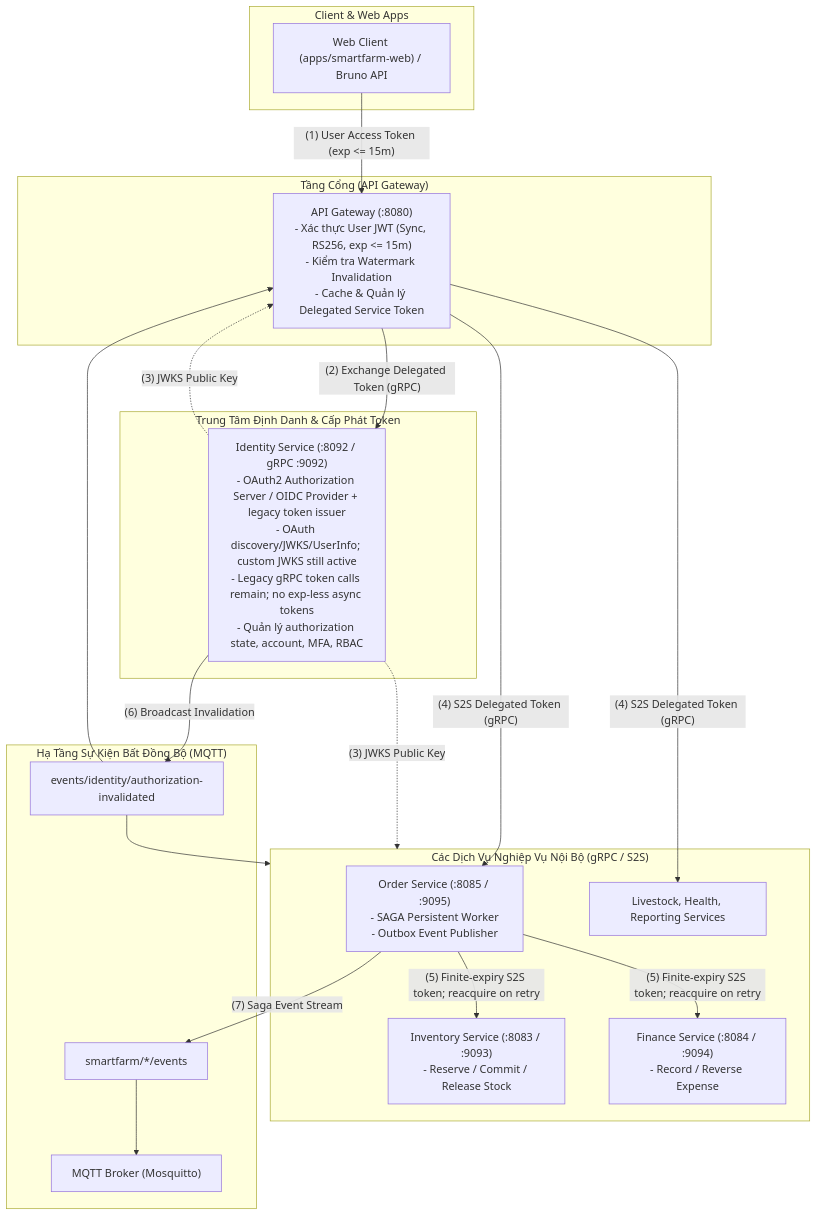
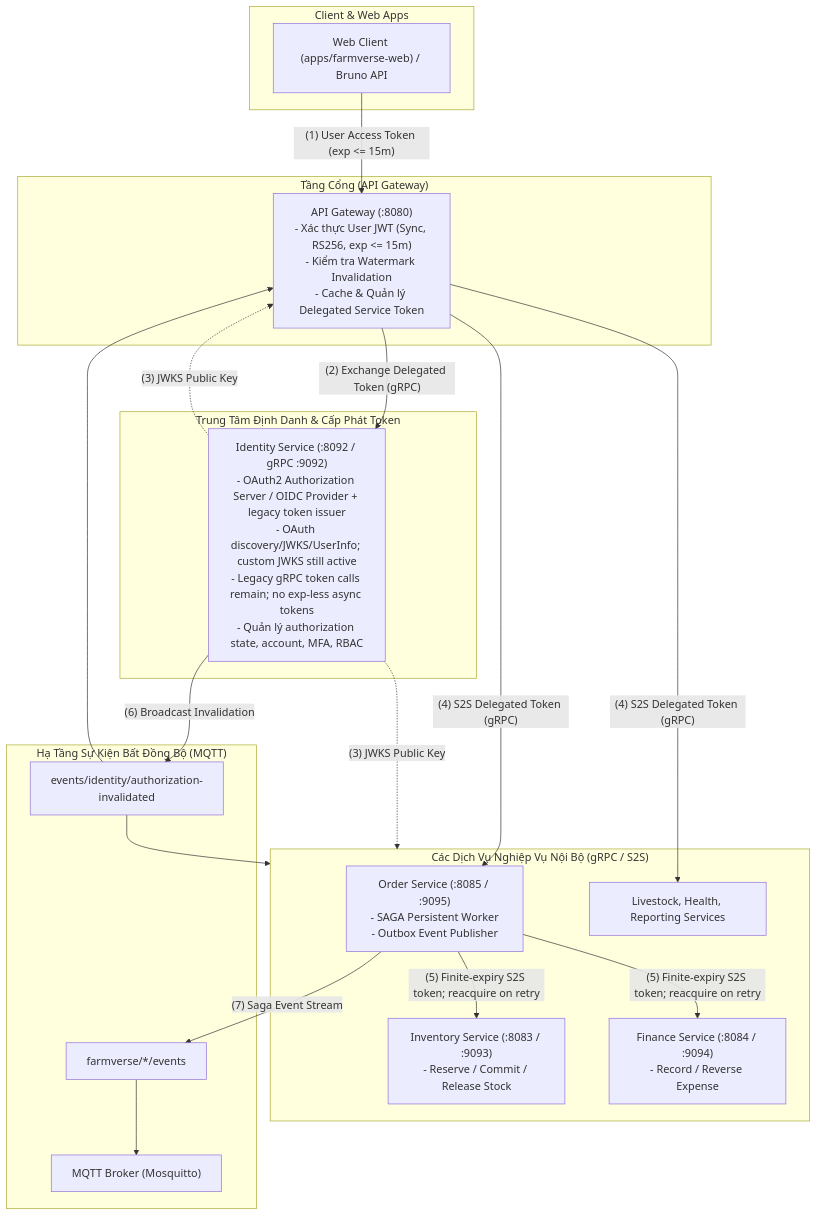
The first of 3 diagrams in docs/security/security-architecture.md (hatrongvu13/smartfarm-platform-maven-starter), drawn with Mermaid before and after one commit. The commit also changed other lines of this file and 1490 other files, not shown here.

````diff
--- a/docs/security/security-architecture.md
+++ b/docs/security/security-architecture.md
@@ -11,45 +11,45 @@
 ```mermaid
 flowchart TD
     subgraph External["Client & Web Apps"]
-        Client["Web Client (apps/smartfarm-web) / Bruno API"]
+        Client["Web Client (apps/farmverse-web) / Bruno API"]
     end
 
     subgraph Edge["Tầng Cổng (API Gateway)"]
         GW["API Gateway (:8080)\n- Xác thực User JWT (Sync, RS256, exp <= 15m)\n- Kiểm tra Watermark Invalidation\n- Cache & Quản lý Delegated Service Token"]
     end
 
     subgraph SecurityHub["Trung Tâm Định Danh & Cấp Phát Token"]
         Identity["Identity Service (:8092 / gRPC :9092)\n- OAuth2 Authorization Server / OIDC Provider + legacy token issuer\n- OAuth discovery/JWKS/UserInfo; custom JWKS still active\n- Legacy gRPC token calls remain; no exp-less async tokens\n- Quản lý authorization state, account, MFA, RBAC"]
     end
 
     subgraph InternalServices["Các Dịch Vụ Nghiệp Vụ Nội Bộ (gRPC / S2S)"]
         Order["Order Service (:8085 / :9095)\n- SAGA Persistent Worker\n- Outbox Event Publisher"]
         Inv["Inventory Service (:8083 / :9093)\n- Reserve / Commit / Release Stock"]
         Fin["Finance Service (:8084 / :9094)\n- Record / Reverse Expense"]
         Other["Livestock, Health, Reporting Services"]
     end
 
     subgraph EventMesh["Hạ Tầng Sự Kiện Bất Đồng Bộ (MQTT)"]
         Broker["MQTT Broker (Mosquitto)"]
         WatermarkTopic["events/identity/authorization-invalidated"]
-        SagaEvents["smartfarm/*/events"]
+        SagaEvents["farmverse/*/events"]
     end
 
     Client -->|"(1) User Access Token (exp <= 15m)"| GW
     GW -->|"(2) Exchange Delegated Token (gRPC)"| Identity
     Identity -.->|"(3) JWKS Public Key"| GW
     Identity -.->|"(3) JWKS Public Key"| InternalServices
 
     GW -->|"(4) S2S Delegated Token (gRPC)"| Order
     GW -->|"(4) S2S Delegated Token (gRPC)"| Other
 
     Order -->|"(5) Finite-expiry S2S token; reacquire on retry"| Inv
     Order -->|"(5) Finite-expiry S2S token; reacquire on retry"| Fin
 
     Identity -->|"(6) Broadcast Invalidation"| WatermarkTopic
     WatermarkTopic --> GW
     WatermarkTopic --> InternalServices
 
     Order -->|"(7) Saga Event Stream"| SagaEvents
     SagaEvents --> Broker
 ```
````
